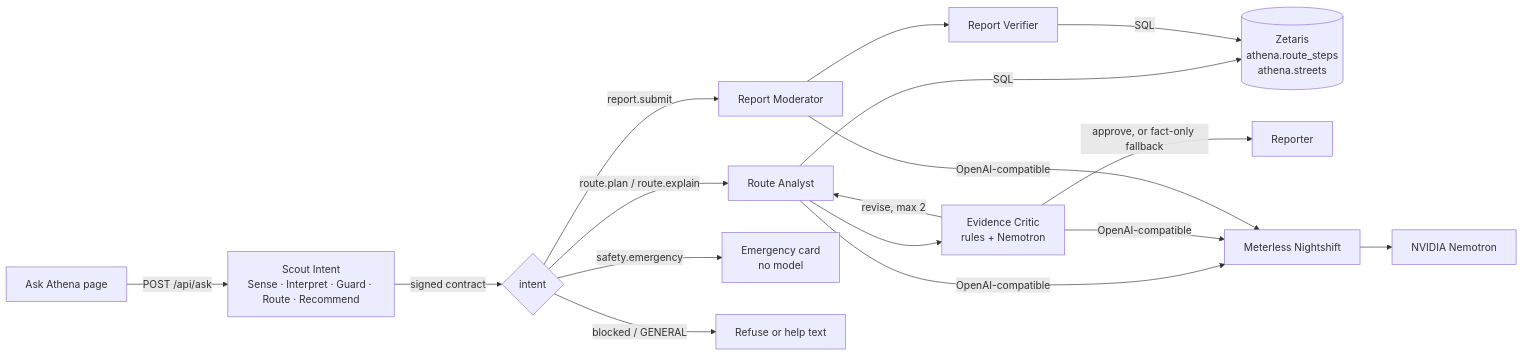
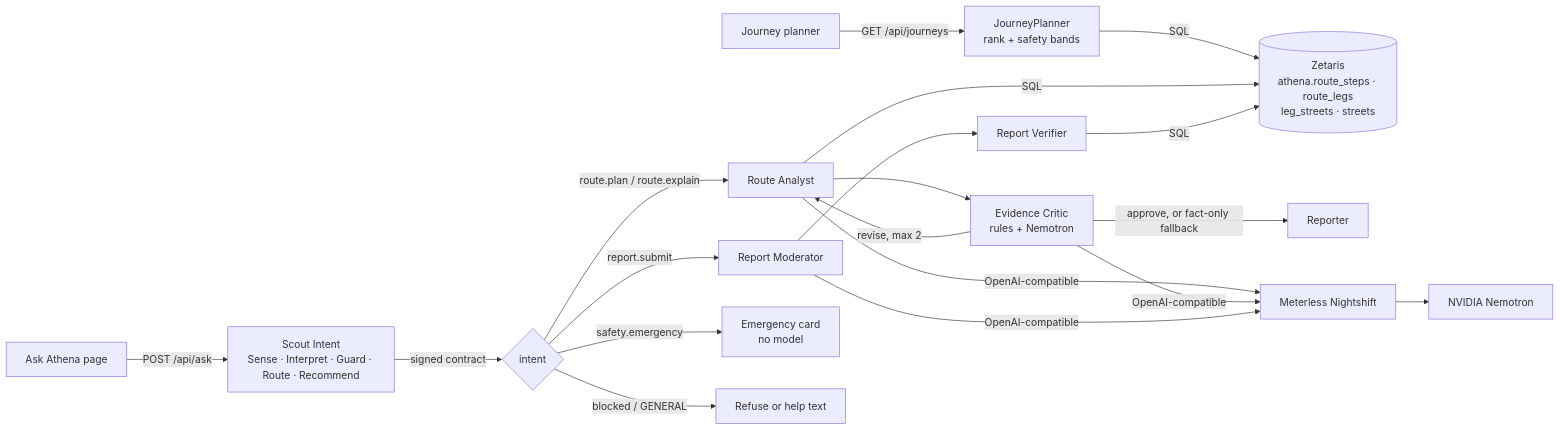
Before and after one commit to shuruthy24/Athena: the diagram in README.md, drawn with Mermaid. The commit also changed other lines of this file and 24 other files, not shown here.

First line of the commit message:
Journey planner: map UI, safety-aware route options, help locations

````diff
--- a/README.md
+++ b/README.md
@@ -27,15 +32,16 @@
 ```mermaid
 flowchart LR
+  J[Journey planner] -->|GET /api/journeys| JP[JourneyPlanner<br/>rank + safety bands] -->|SQL| Z
   U[Ask Athena page] -->|POST /api/ask| S[Scout Intent<br/>Sense · Interpret · Guard · Route · Recommend]
   S -->|signed contract| R{intent}
   R -->|route.plan / route.explain| A[Route Analyst]
   R -->|report.submit| M[Report Moderator]
   R -->|safety.emergency| E[Emergency card<br/>no model]
   R -->|blocked / GENERAL| G[Refuse or help text]
-  A -->|SQL| Z[(Zetaris<br/>athena.route_steps<br/>athena.streets)]
+  A -->|SQL| Z[(Zetaris<br/>athena.route_steps · route_legs<br/>leg_streets · streets)]
   A --> C[Evidence Critic<br/>rules + Nemotron]
   C -->|revise, max 2| A
   C -->|approve, or fact-only fallback| P[Reporter]
   M --> V[Report Verifier] -->|SQL| Z
   A & C & M -->|OpenAI-compatible| N[Meterless Nightshift] --> NV[NVIDIA Nemotron]
 ```
````
